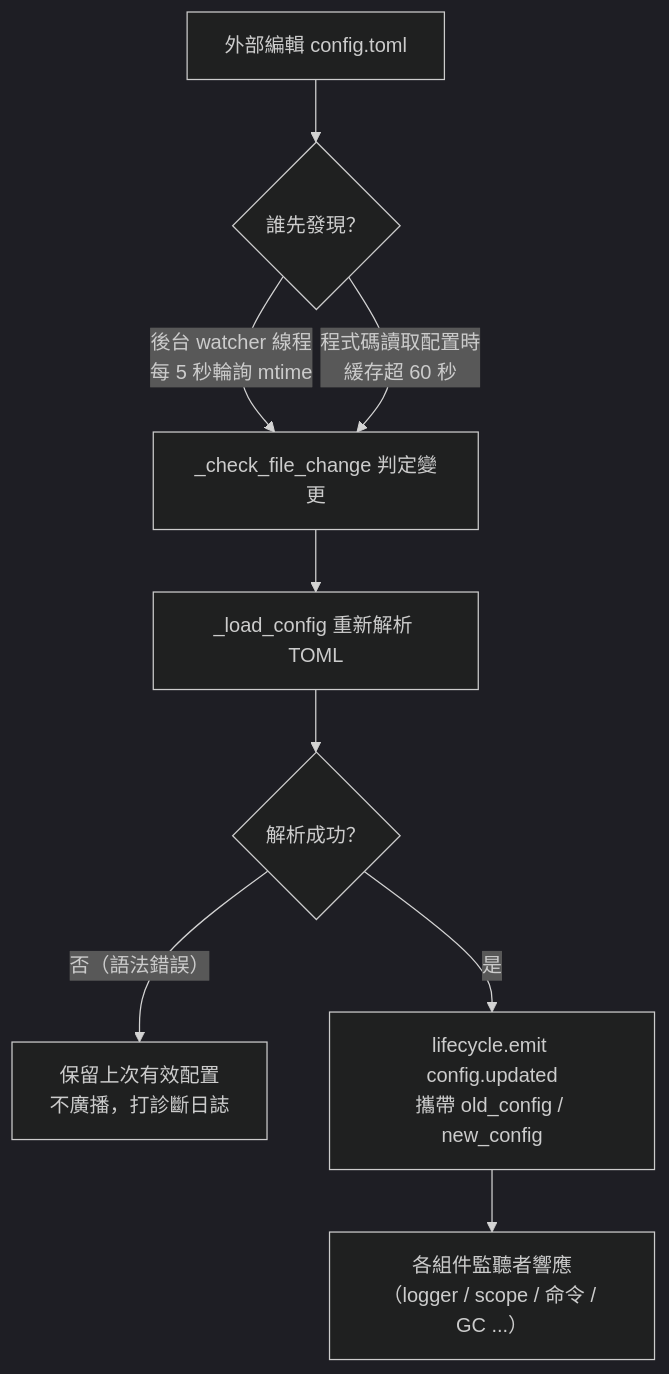
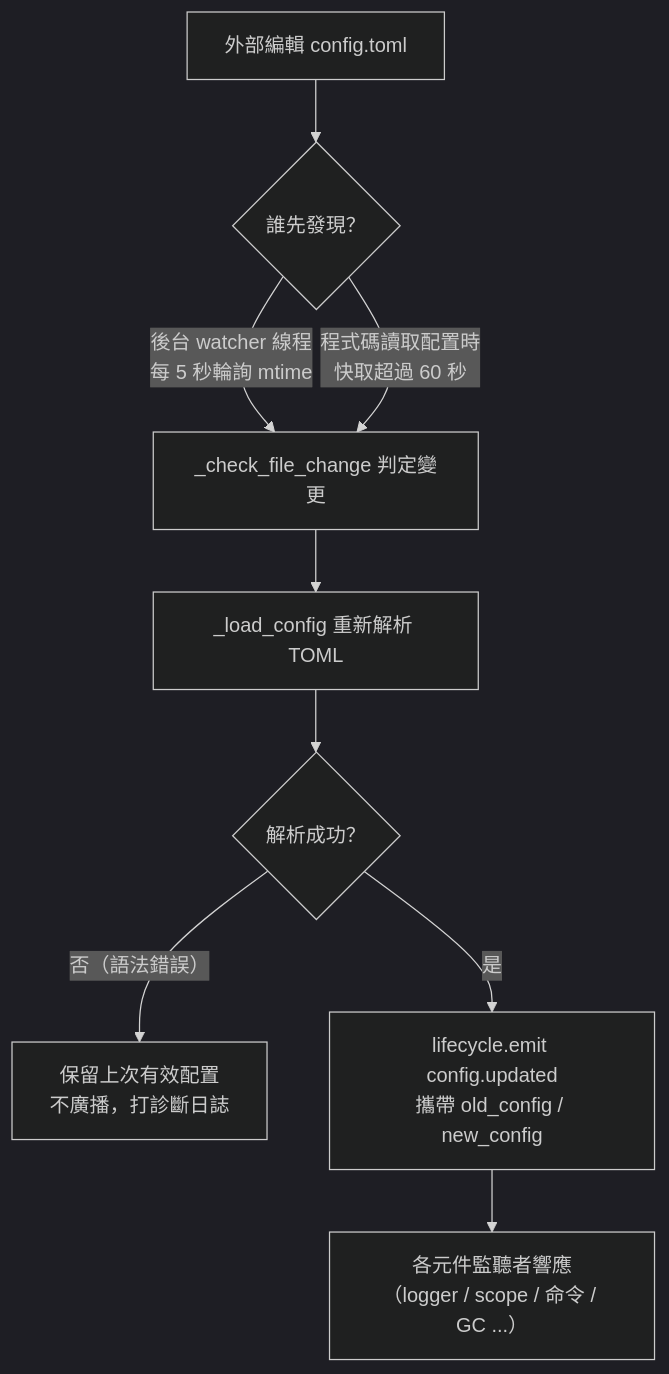
Before and after one commit to ErisPulse/ErisPulse: the diagram in docs/zh-TW/user-guide/configuration.md, drawn with Mermaid (dark theme). The commit also changed other lines of this file and 39 other files, not shown here.

````diff
--- a/docs/zh-TW/user-guide/configuration.md
+++ b/docs/zh-TW/user-guide/configuration.md
@@ -144,11 +144,11 @@
 ```mermaid
 flowchart TD
     A["外部編輯 config.toml"] --> B{"誰先發現？"}
     B -->|"後台 watcher 線程<br/>每 5 秒輪詢 mtime"| C["_check_file_change 判定變更"]
-    B -->|"程式碼讀取配置時<br/>緩存超 60 秒"| C
+    B -->|"程式碼讀取配置時<br/>快取超過 60 秒"| C
     C --> D["_load_config 重新解析 TOML"]
     D --> E{"解析成功？"}
     E -->|"否（語法錯誤）"| F["保留上次有效配置<br/>不廣播，打診斷日誌"]
     E -->|"是"| G["lifecycle.emit config.updated<br/>攜帶 old_config / new_config"]
-    G --> H["各組件監聽者響應<br/>（logger / scope / 命令 / GC ...）"]
+    G --> H["各元件監聽者響應<br/>（logger / scope / 命令 / GC ...）"]
 ```
````
